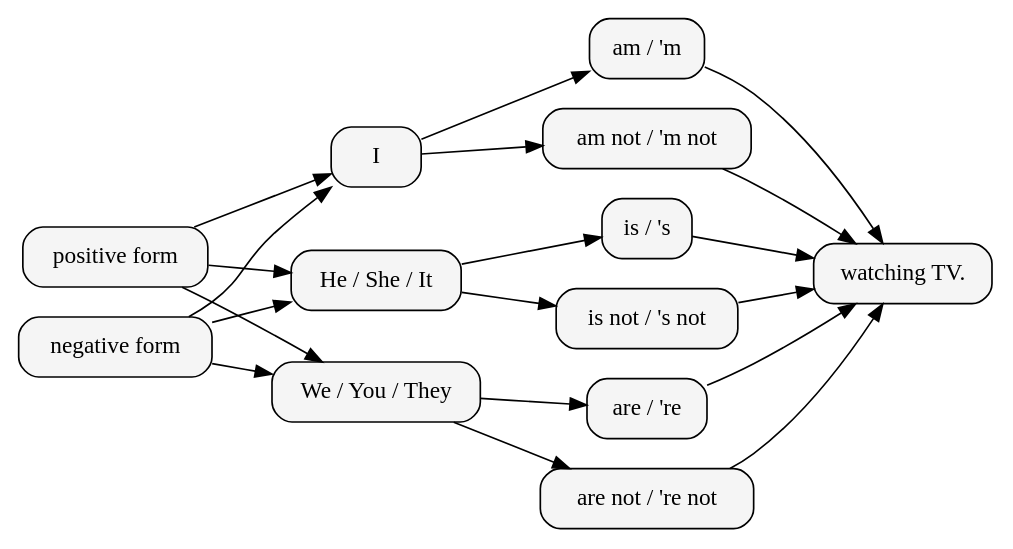
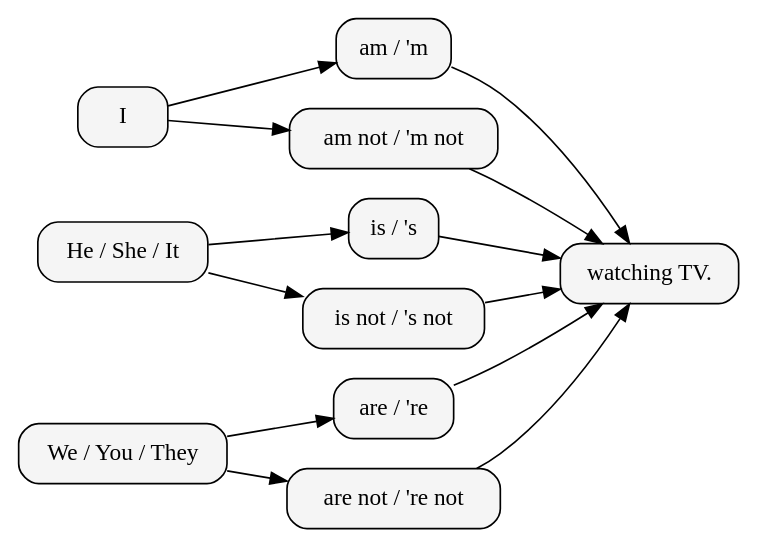
One commit to 1nv1/CulturalInglesa changed the sixth of 6 diagrams in 2nd/index.org. Above: the diagram before and after it, drawn with Graphviz. The commit also changed other lines of this file and 2 other files, not shown here.

Commit message:
Updated present continuous

```diff
--- a/2nd/index.org
+++ b/2nd/index.org
@@ -303,10 +303,10 @@
 #+BEGIN_SRC dot :file ./img/u81_present_continuous.svg :cmdline -Kdot -Tsvg
   digraph { rankdir = LR; node [ style = "rounded, filled", fillcolor = "gray96", shape = box];
-    "positive form" -> "I" -> "am / 'm" -> "watching TV.";
-    "negative form" -> "I" -> "am not / 'm not" -> "watching TV.";
-    "positive form" -> "He / She / It" -> "is / 's" -> "watching TV.";
-    "negative form" -> "He / She / It" -> "is not / 's not" -> "watching TV.";
-    "positive form" -> "We / You / They" -> "are / 're" -> "watching TV.";
-    "negative form" -> "We / You / They" -> "are not / 're not" -> "watching TV.";
+    "I" -> "am / 'm" -> "watching TV.";
+    "I" -> "am not / 'm not" -> "watching TV.";
+    "He / She / It" -> "is / 's" -> "watching TV.";
+    "He / She / It" -> "is not / 's not" -> "watching TV.";
+    "We / You / They" -> "are / 're" -> "watching TV.";
+    "We / You / They" -> "are not / 're not" -> "watching TV.";
   }
 #+END_SRC
```
